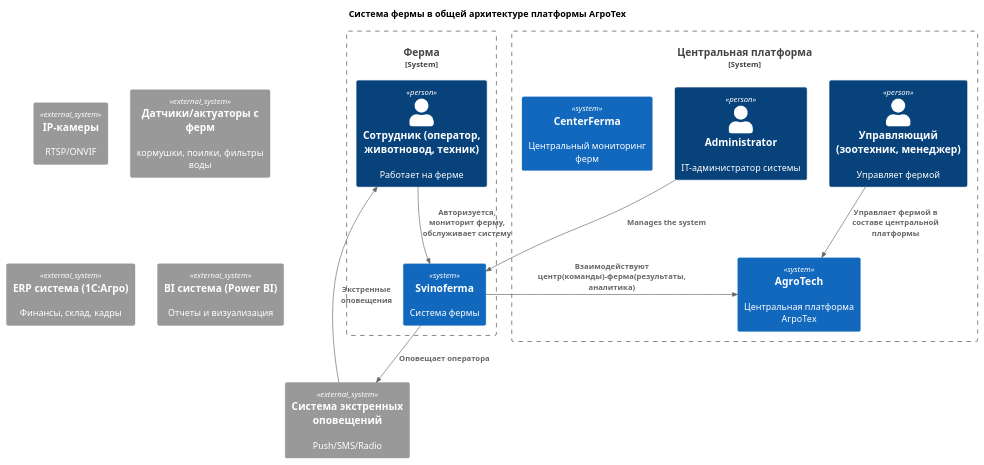
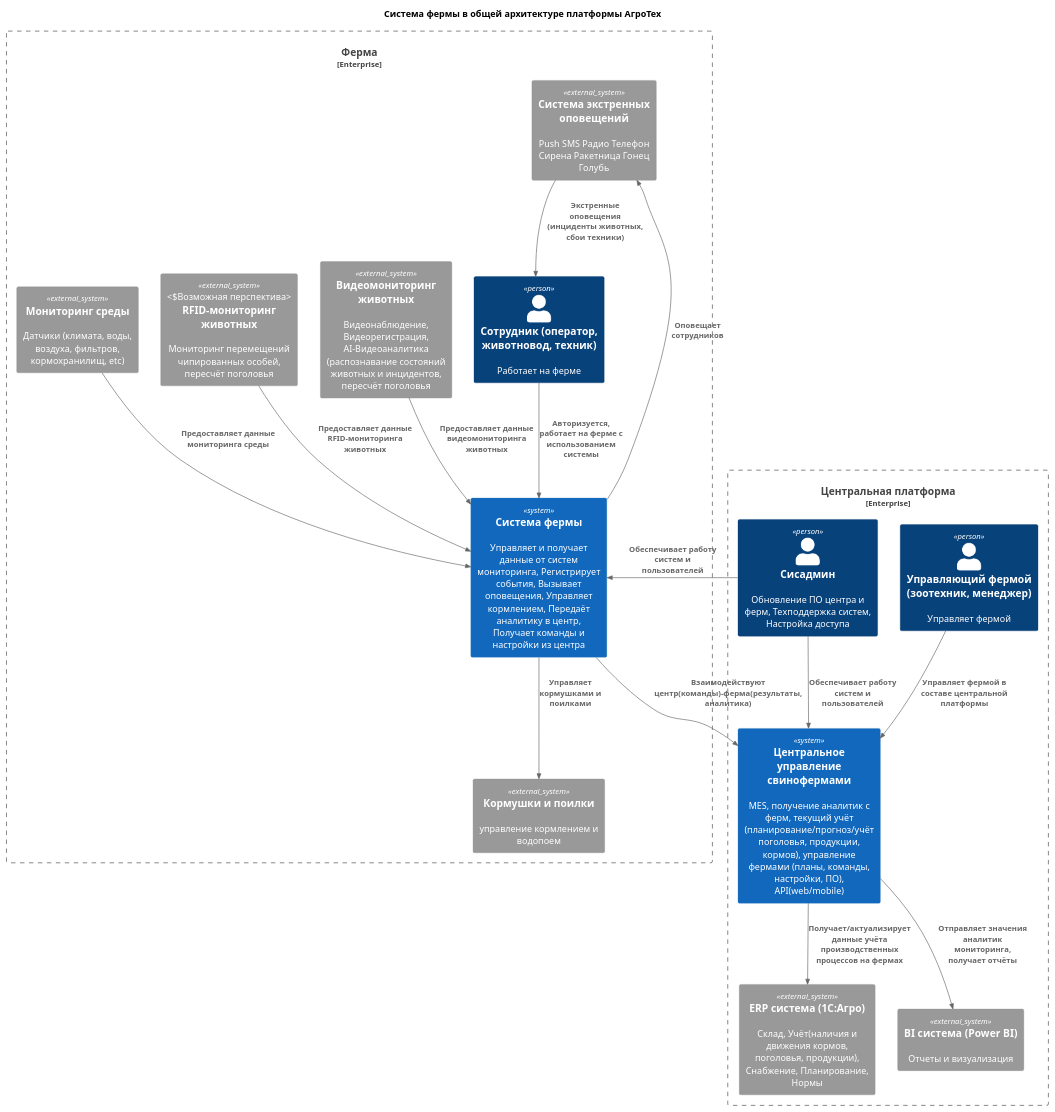
One commit to IvanVerba/MSA-AgroTech changed the diagram in Task1/Context1.puml. Above: the diagram before and after it, drawn with PlantUML.

Commit message:
Task1: C1 общий

```diff
--- a/Task1/Context1.puml
+++ b/Task1/Context1.puml
@@ -1,39 +1,44 @@
 @startuml
 title Ferma Context Diagram
 
 top to bottom direction
 
-!includeurl https://raw.githubusercontent.com/RicardoNiepel/C4-PlantUML/master/C4_Component.puml
+!include <C4/C4_Context>
 
  title Система фермы в общей архитектуре платформы АгроТех
 
+Enterprise_Boundary(система_фермы, "Ферма") {
+ System_Ext(extr_comm, "Система экстренных оповещений" , "Push SMS Радио Телефон Сирена Ракетница Гонец Голубь")
+ System_Ext(vcam, "Видеомониторинг животных", "Видеонаблюдение, Видеорегистрация, AI-Видеоаналитика (распознавание состояний животных и инцидентов, пересчёт поголовья")
+ System_Ext(rfid, "RFID-мониторинг животных", "Мониторинг перемещений чипированных особей, пересчёт поголовья", "Возможная перспектива")
+ System_Ext(sensors, "Мониторинг среды", "Датчики (климата, воды, воздуха, фильтров, кормохранилищ, etc)")
+ System_Ext(feeding, "Кормушки и поилки", "управление кормлением и водопоем")
 
- System_Ext(cam, "IP-камеры", "RTSP/ONVIF")
- System_Ext(sensors, "Датчики/актуаторы с ферм", "кормушки, поилки, фильтры воды")
- System_Ext(erp, "ERP система (1С:Агро)", "Финансы, склад, кадры")
- System_Ext(bi, "BI система (Power BI)", "Отчеты и визуализация")
- System_Ext(extr_comm, "Система экстренных оповещений" , "Push/SMS/Radio")
-
-
- System_Boundary(система_фермы, "Ферма") {
-  Person(operator, "Сотрудник (оператор, животновод, техник)", "Работает на ферме")
-  System(ferma, "Svinoferma", "Система фермы")
-  Rel(extr_comm, operator , "Экстренные оповещения")
-  Rel(operator, ferma, "Авторизуется, мониторит ферму, обслуживает систему")
-  Rel(ferma,extr_comm,"Оповещает оператора")
+  Person(employee, "Сотрудник (оператор, животновод, техник)", "Работает на ферме")
+  System(ferma, "Система фермы", "Управляет и получает данные от систем мониторинга, Регистрирует события, Вызывает оповещения, Управляет кормлением, Передаёт аналитику в центр, Получает команды и настройки из центра")
+  Rel(extr_comm, employee , "Экстренные оповещения (инциденты животных, сбои техники)")
+  Rel(vcam, ferma, "Предоставляет данные видеомониторинга животных")
+  Rel(rfid, ferma, "Предоставляет данные RFID-мониторинга животных")
+  Rel(sensors, ferma, "Предоставляет данные мониторинга среды")
+  Rel(ferma,feeding,"Управляет кормушками и поилками")
+  Rel(employee, ferma, "Авторизуется, работает на ферме с использованием системы")
+  Rel(ferma,extr_comm,"Оповещает сотрудников")
  }
 
 
-System_Boundary(система, "Центральная платформа") {
-  Person(mainuser, "Управляющий (зоотехник, менеджер)", "Управляет фермой")
-  Person(admin, "Administrator", "IT-администратор системы")
-  System(center_ferma, "CenterFerma", "Центральный мониторинг ферм")
-  System(agro_tech, "AgroTech", "Центральная платформа АгроТех")
-  Rel(admin,ferma,"Manages the system")
-
-  Rel(mainuser,agro_tech,"Управляет фермой в составе центральной платформы")
-  Rel(ferma,agro_tech,"Взаимодействуют центр(команды)-ферма(результаты, аналитика)")
+Enterprise_Boundary(система, "Центральная платформа") {
+  Person(mainuser, "Управляющий фермой (зоотехник, менеджер)", "Управляет фермой")
+  Person(admin, "Сисадмин", "Обновление ПО центра и ферм, Техподдержка систем, Настройка доступа")
+  System(center_farm, "Центральное управление свинофермами", "MES, получение аналитик с ферм, текущий учёт (планирование/прогноз/учёт поголовья, продукции, кормов), управление фермами (планы, команды, настройки, ПО), API(web/mobile)")
+  System_Ext(erp, "ERP система (1С:Агро)", "Склад, Учёт(наличия и движения кормов, поголовья, продукции), Снабжение, Планирование, Нормы")
+  System_Ext(bi, "BI система (Power BI)", "Отчеты и визуализация")
+  Rel(center_farm,erp, "Получает/актуализирует данные учёта производственных процессов на фермах")
+  Rel(center_farm,bi, "Отправляет значения аналитик мониторинга, получает отчёты")
+  Rel(admin,center_farm,"Обеспечивает работу систем и пользователей")
+  Rel(admin,ferma,"Обеспечивает работу систем и пользователей")
+  Rel(mainuser,center_farm,"Управляет фермой в составе центральной платформы")
+  Rel(ferma,center_farm,"Взаимодействуют центр(команды)-ферма(результаты, аналитика)")
  }
 
 
 @enduml
```
